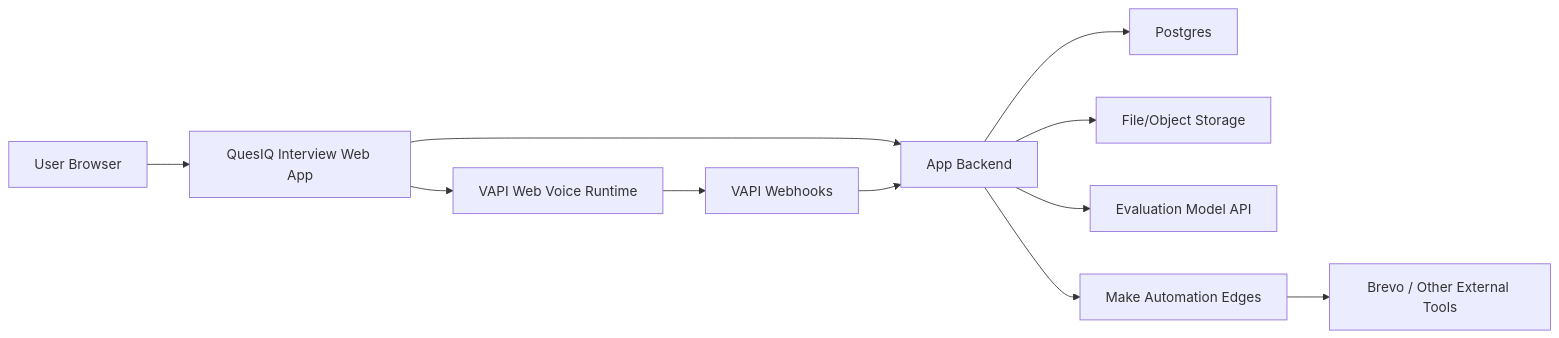
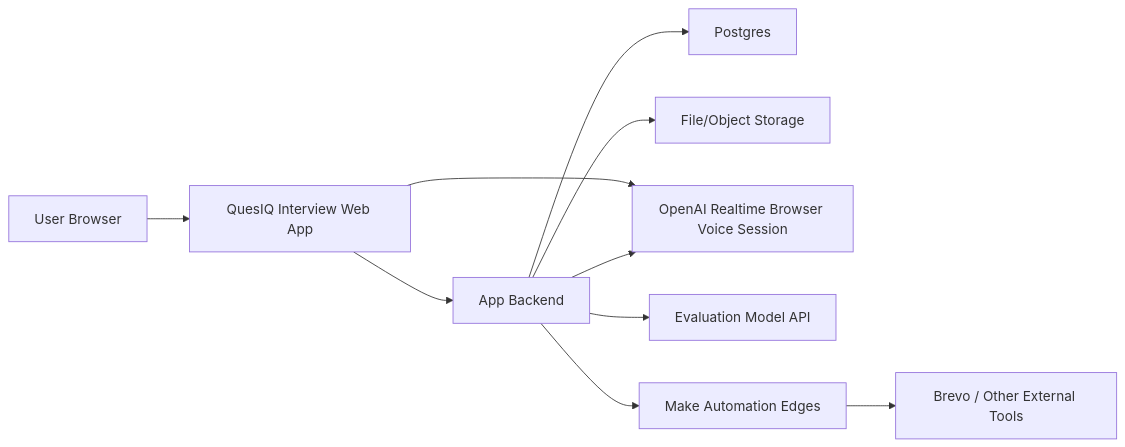
Before and after one commit to ronnieav8r/QuesIQ: the diagram in docs/rebuild/ARCHITECTURE.md, drawn with Mermaid. The commit also changed other lines of this file and 6 other files, not shown here.

````diff
--- a/docs/rebuild/ARCHITECTURE.md
+++ b/docs/rebuild/ARCHITECTURE.md
@@ -5,13 +5,12 @@
 ```mermaid
 flowchart LR
     U["User Browser"] --> A["QuesIQ Interview Web App"]
     A --> B["App Backend"]
     B --> D["Postgres"]
     B --> F["File/Object Storage"]
-    A --> V["VAPI Web Voice Runtime"]
-    V --> W["VAPI Webhooks"]
-    W --> B
+    A --> O["OpenAI Realtime Browser Voice Session"]
+    B --> O
     B --> E["Evaluation Model API"]
     B --> M["Make Automation Edges"]
     M --> R["Brevo / Other External Tools"]
 ```
````
